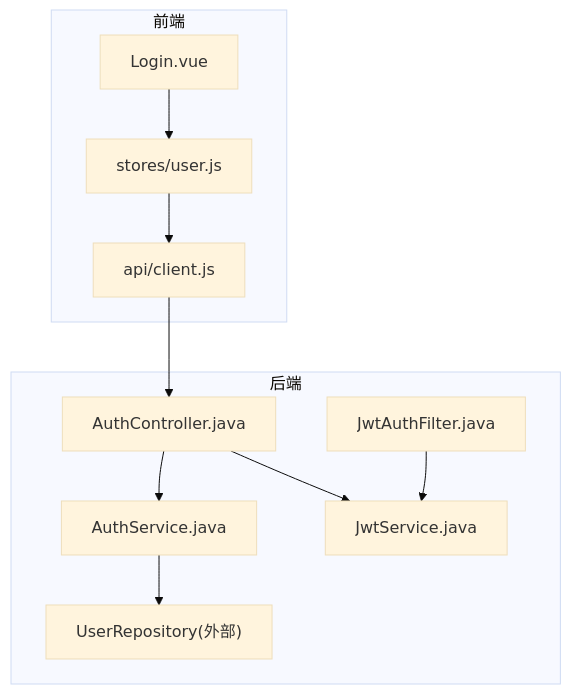
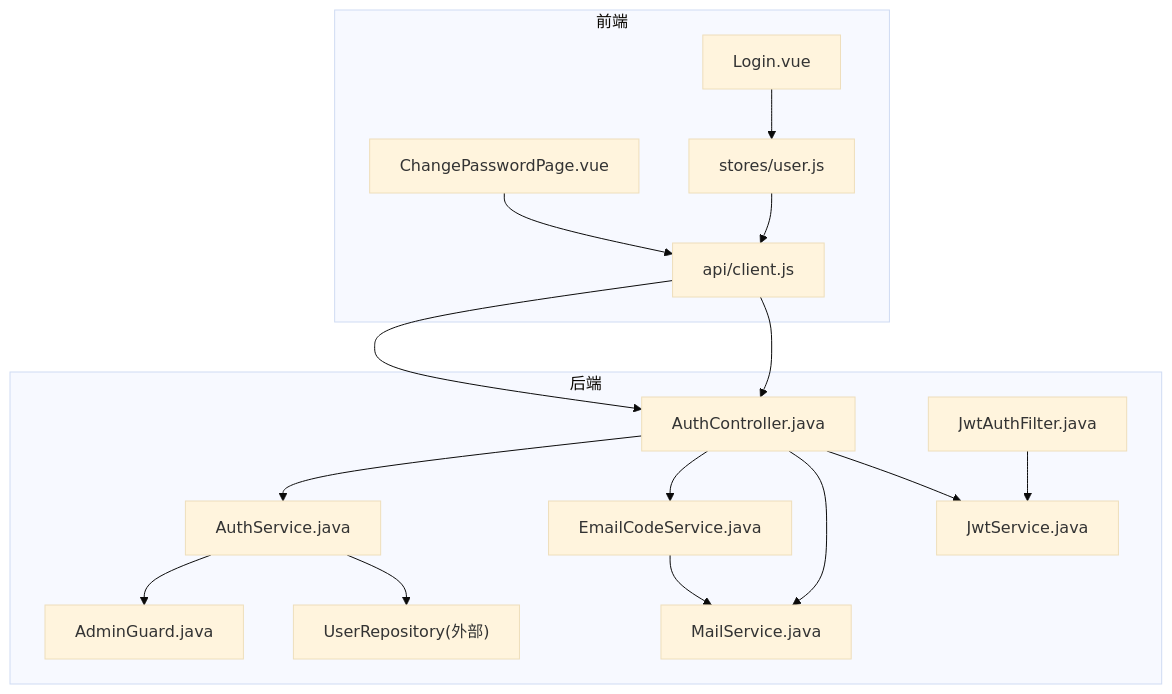
Before and after one commit to huangman881112/aiforip: the first of 3 diagrams in .qoder/repowiki/zh/content/后端API文档/认证授权API.md, drawn with Mermaid (base theme). The commit also changed other lines of this file and 98 other files, not shown here.

````diff
--- a/.qoder/repowiki/zh/content/后端API文档/认证授权API.md
+++ b/.qoder/repowiki/zh/content/后端API文档/认证授权API.md
@@ -36,20 +52,29 @@
 ```mermaid
 graph TB
 subgraph "前端"
 A["Login.vue"]
-B["stores/user.js"]
-C["api/client.js"]
+B["ChangePasswordPage.vue"]
+C["stores/user.js"]
+D["api/client.js"]
 end
 subgraph "后端"
-D["AuthController.java"]
-E["AuthService.java"]
-F["JwtAuthFilter.java"]
-G["JwtService.java"]
-H["UserRepository(外部)"]
+E["AuthController.java"]
+F["AuthService.java"]
+G["JwtAuthFilter.java"]
+H["JwtService.java"]
+I["EmailCodeService.java"]
+J["MailService.java"]
+K["AdminGuard.java"]
+L["UserRepository(外部)"]
 end
-A --> B --> C --> D
-D --> E
-D --> G
-F --> G
+A --> C --> D --> E
+B --> D --> E
+E --> F
+E --> I
+E --> J
 E --> H
+G --> H
+F --> K
+F --> L
+I --> J
 ```
````
